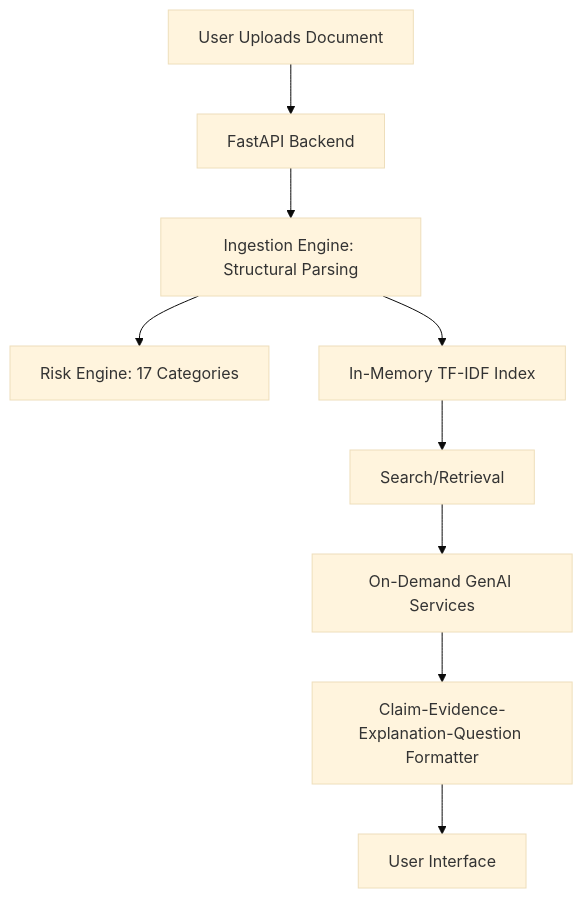
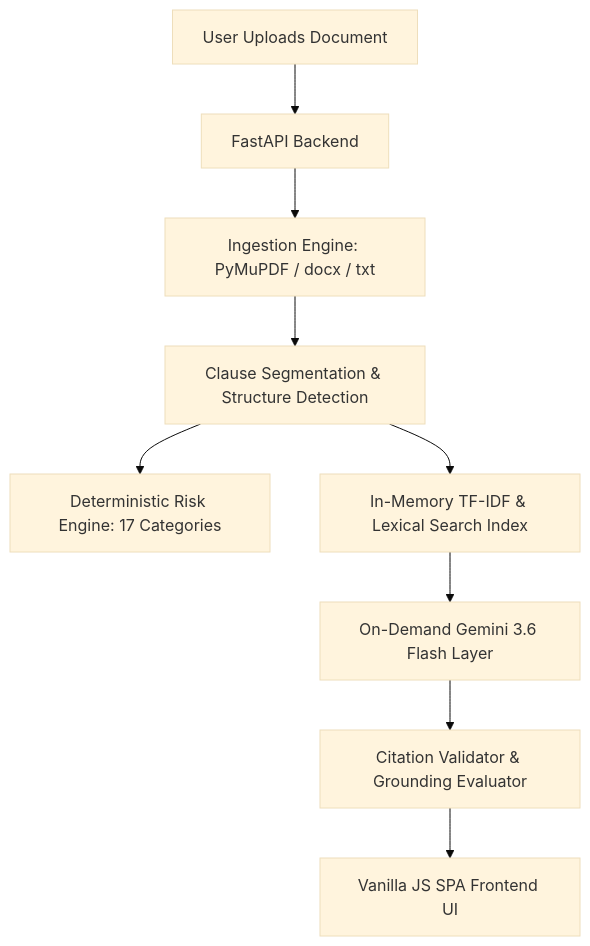
Before and after one commit to Sampreeth-sv/LexiGuard: the diagram in README.md, drawn with Mermaid (base theme). The commit also changed other lines of this file and 4 other files, not shown here.

````diff
--- a/README.md
+++ b/README.md
@@ -32,11 +45,11 @@
 ```mermaid
 graph TD
     A[User Uploads Document] --> B[FastAPI Backend]
-    B --> C[Ingestion Engine: Structural Parsing]
-    C --> D[Risk Engine: 17 Categories]
-    C --> E[In-Memory TF-IDF Index]
-    E --> F[Search/Retrieval]
-    F --> G[On-Demand GenAI Services]
-    G --> H[Claim-Evidence-Explanation-Question Formatter]
-    H --> I[User Interface]
+    B --> C[Ingestion Engine: PyMuPDF / docx / txt]
+    C --> D[Clause Segmentation & Structure Detection]
+    D --> E[Deterministic Risk Engine: 17 Categories]
+    D --> F[In-Memory TF-IDF & Lexical Search Index]
+    F --> G[On-Demand Gemini 3.6 Flash Layer]
+    G --> H[Citation Validator & Grounding Evaluator]
+    H --> I[Vanilla JS SPA Frontend UI]
 ```
````
